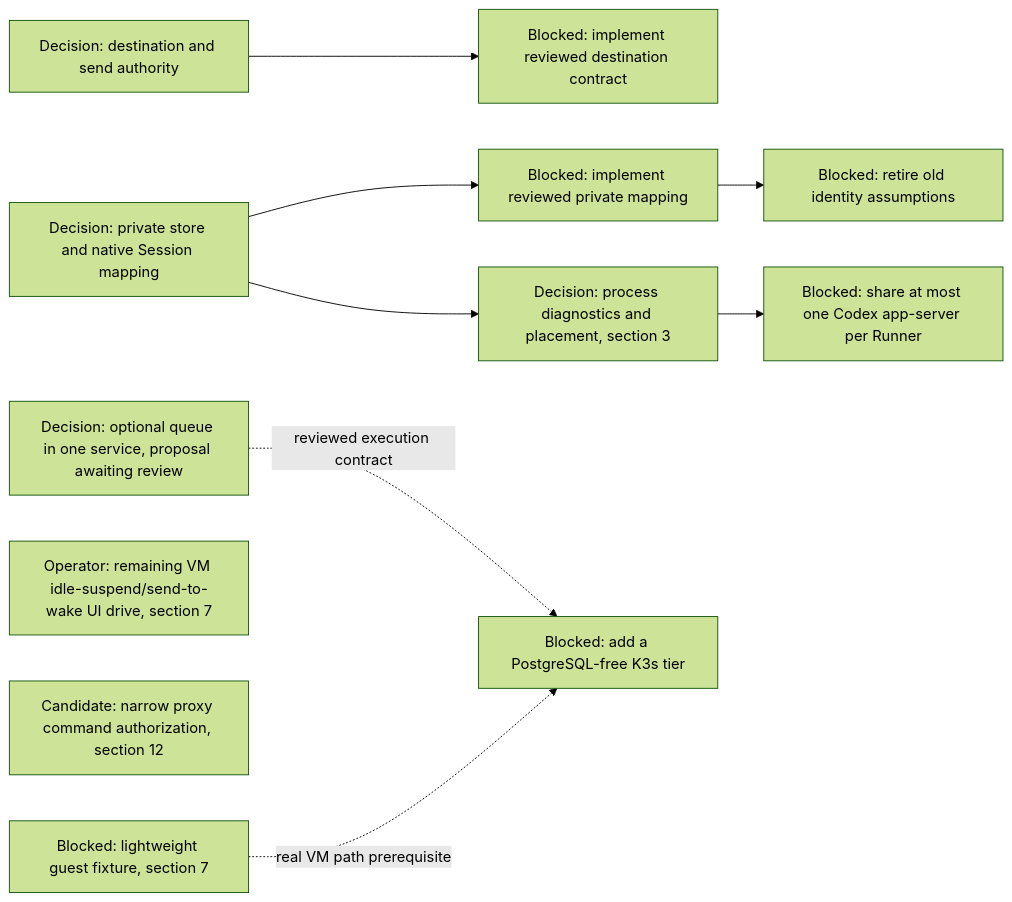
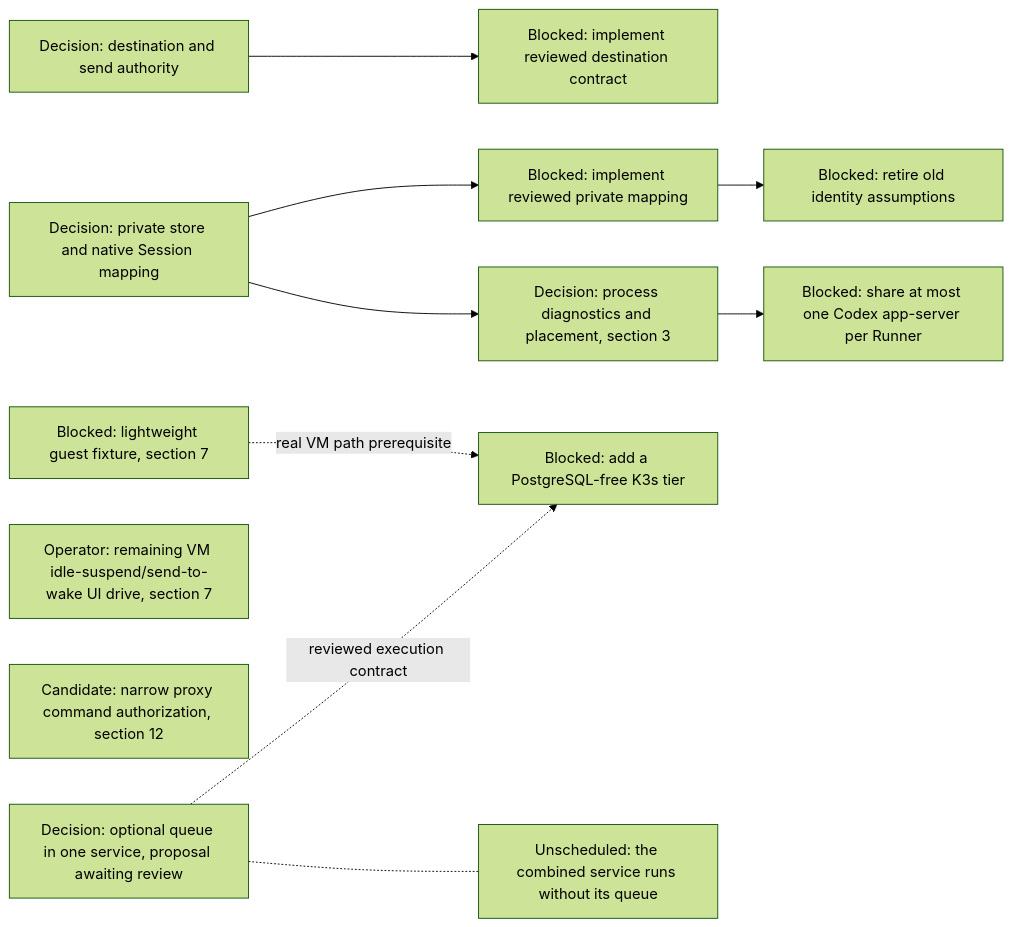
Before and after one commit to agentydragon-agent/ducktape: diagram 15 of 17 in agentplane/plans/task_dag.md, drawn with Mermaid (forest theme). The commit also changed other lines of this file, not shown here.

First line of the commit message:
agentplane: add DISPATCHER_QUEUE_OPTIONAL to the task DAG (#11340)

````diff
--- a/agentplane/plans/task_dag.md
+++ b/agentplane/plans/task_dag.md
@@ -1709,21 +1709,22 @@
 ```mermaid
 flowchart LR
     DISPATCHER_PERSISTENCE_MODEL_DESIGN[Decision: optional queue in one service, proposal awaiting review]
     DELIVERY_DESTINATION_AUTHORITY_DESIGN[Decision: destination and send authority]
     DELIVERY_DESTINATION_CONTRACT[Blocked: implement reviewed destination contract]
     HARNESS_IDENTITY_DESIGN[Decision: private store and native Session mapping]
     RUNNER_STORE_SESSION_IDENTITY[Blocked: implement reviewed private mapping]
     RUNNER_IDENTITY_LEGACY_CLEANUP[Blocked: retire old identity assumptions]
     IDLE_SUSPEND_UI_DRIVE[Operator: remaining VM idle-suspend/send-to-wake UI drive, section 7]
     PROXY_START_METHODS_DISPATCHER_ONLY[Candidate: narrow proxy command authorization, section 12]
     RUNNER_HARNESS_OBJECTS_DESIGN[Decision: process diagnostics and placement, section 3]
     CNPG_FREE_K3S_INTEGRATION_TIER[Blocked: add a PostgreSQL-free K3s tier]
     K3S_VM_IMAGE[Blocked: lightweight guest fixture, section 7]
     DELIVERY_DESTINATION_AUTHORITY_DESIGN --> DELIVERY_DESTINATION_CONTRACT
     RUNNER_STORE_SESSION_IDENTITY --> RUNNER_IDENTITY_LEGACY_CLEANUP
     HARNESS_IDENTITY_DESIGN --> RUNNER_STORE_SESSION_IDENTITY
     HARNESS_IDENTITY_DESIGN --> RUNNER_HARNESS_OBJECTS_DESIGN
     RUNNER_HARNESS_OBJECTS_DESIGN --> RUNNER_CODEX_SHARED_PROCESS[Blocked: share at most one Codex app-server per Runner]
     DISPATCHER_PERSISTENCE_MODEL_DESIGN -. reviewed execution contract .-> CNPG_FREE_K3S_INTEGRATION_TIER
+    DISPATCHER_PERSISTENCE_MODEL_DESIGN -.- DISPATCHER_QUEUE_OPTIONAL[Unscheduled: the combined service runs without its queue]
     K3S_VM_IMAGE -. real VM path prerequisite .-> CNPG_FREE_K3S_INTEGRATION_TIER
 ```
````
